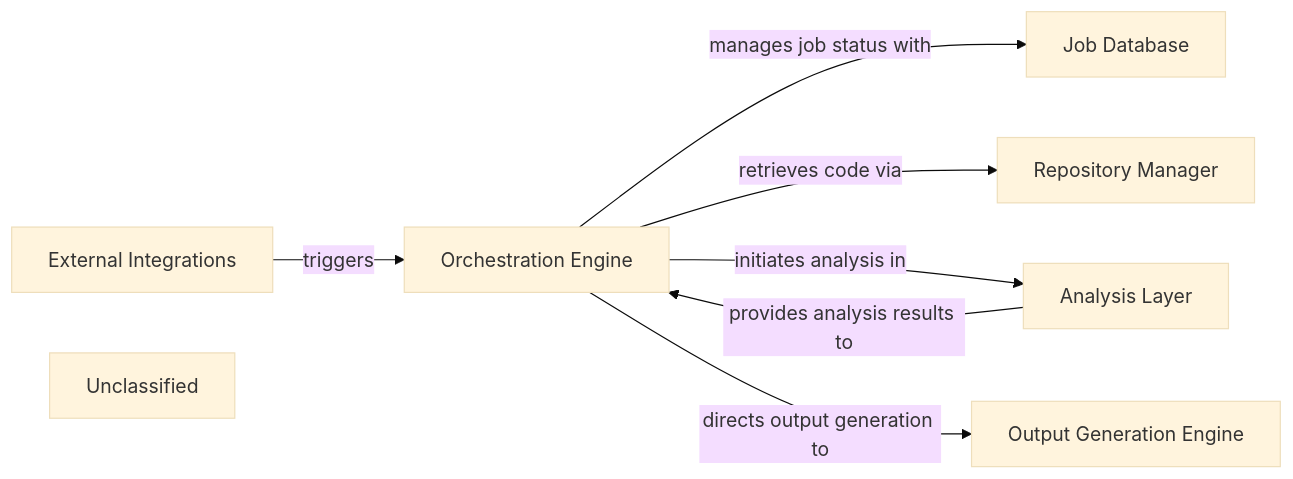
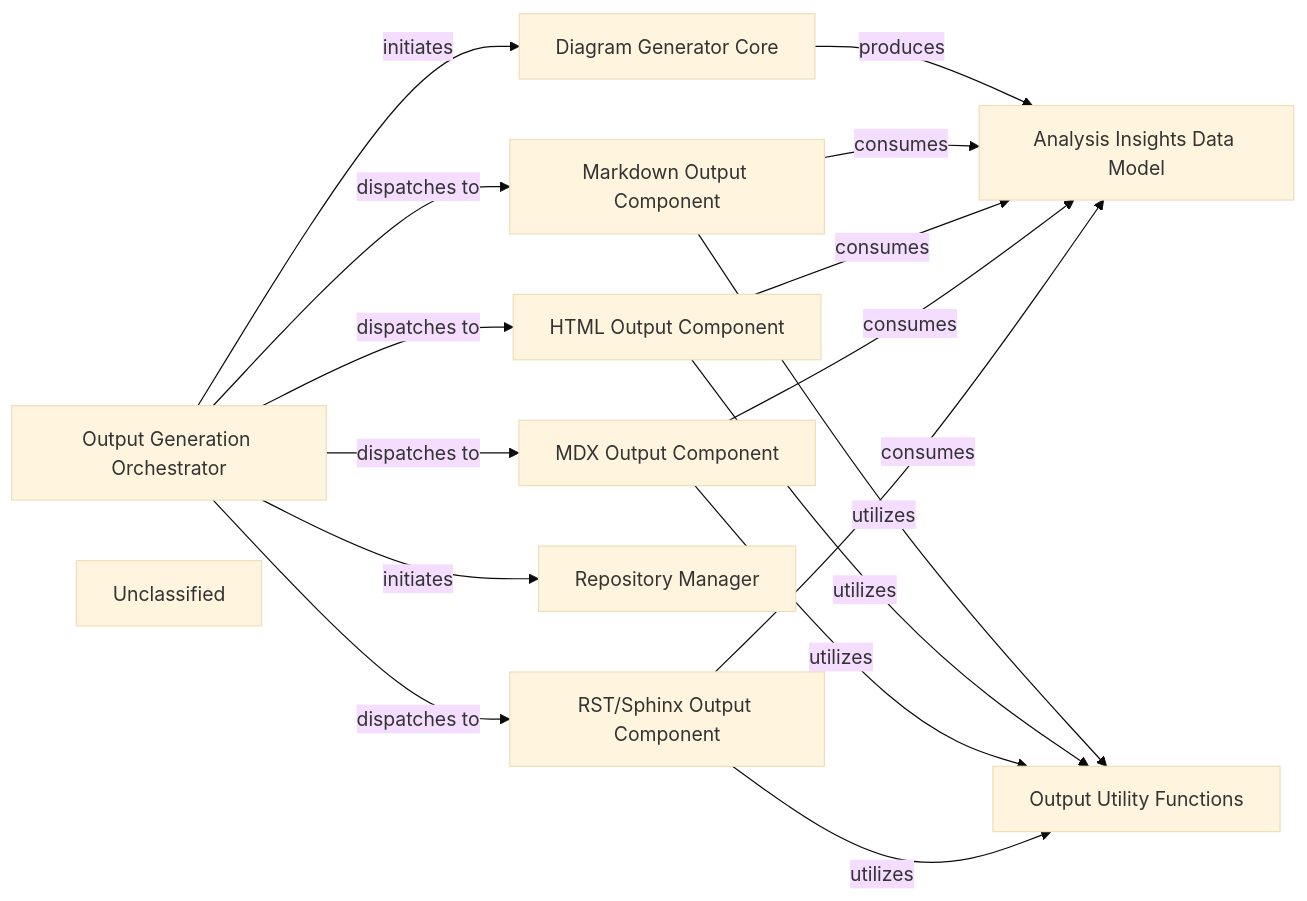
Before and after one commit to mariyam866/CodeBoarding: the third of 6 diagrams in docs/development/architecture.md, drawn with Mermaid (base theme). The commit also changed other lines of this file and 11 other files, not shown here.

First line of the commit message:
docs: update codeboarding documentation and generate architecture

````diff
--- a/docs/development/architecture.md
+++ b/docs/development/architecture.md
@@ -192,19 +192,29 @@
 ```mermaid
 graph LR
-    Orchestration_Engine["Orchestration Engine"]
-    Job_Database["Job Database"]
+    Output_Generation_Orchestrator["Output Generation Orchestrator"]
+    Markdown_Output_Component["Markdown Output Component"]
+    HTML_Output_Component["HTML Output Component"]
+    MDX_Output_Component["MDX Output Component"]
+    RST_Sphinx_Output_Component["RST/Sphinx Output Component"]
     Repository_Manager["Repository Manager"]
-    Analysis_Layer["Analysis Layer"]
-    Output_Generation_Engine["Output Generation Engine"]
-    External_Integrations["External Integrations"]
+    Diagram_Generator_Core["Diagram Generator Core"]
+    Analysis_Insights_Data_Model["Analysis Insights Data Model"]
+    Output_Utility_Functions["Output Utility Functions"]
     Unclassified["Unclassified"]
-    External_Integrations -- "triggers" --> Orchestration_Engine
-    Orchestration_Engine -- "manages job status with" --> Job_Database
-    Orchestration_Engine -- "retrieves code via" --> Repository_Manager
-    Orchestration_Engine -- "initiates analysis in" --> Analysis_Layer
-    Analysis_Layer -- "provides analysis results to" --> Orchestration_Engine
-    Orchestration_Engine -- "directs output generation to" --> Output_Generation_Engine
-    click Orchestration_Engine href "https://github.com/CodeBoarding/CodeBoarding/blob/main/.codeboarding/Orchestration_Engine.md" "Details"
+    Output_Generation_Orchestrator -- "initiates" --> Repository_Manager
+    Output_Generation_Orchestrator -- "initiates" --> Diagram_Generator_Core
+    Output_Generation_Orchestrator -- "dispatches to" --> Markdown_Output_Component
+    Output_Generation_Orchestrator -- "dispatches to" --> HTML_Output_Component
+    Output_Generation_Orchestrator -- "dispatches to" --> MDX_Output_Component
+    Output_Generation_Orchestrator -- "dispatches to" --> RST_Sphinx_Output_Component
+    Diagram_Generator_Core -- "produces" --> Analysis_Insights_Data_Model
+    Markdown_Output_Component -- "consumes" --> Analysis_Insights_Data_Model
+    HTML_Output_Component -- "consumes" --> Analysis_Insights_Data_Model
+    MDX_Output_Component -- "consumes" --> Analysis_Insights_Data_Model
+    RST_Sphinx_Output_Component -- "consumes" --> Analysis_Insights_Data_Model
+    Markdown_Output_Component -- "utilizes" --> Output_Utility_Functions
+    HTML_Output_Component -- "utilizes" --> Output_Utility_Functions
+    MDX_Output_Component -- "utilizes" --> Output_Utility_Functions
+    RST_Sphinx_Output_Component -- "utilizes" --> Output_Utility_Functions
     click Repository_Manager href "https://github.com/CodeBoarding/CodeBoarding/blob/main/.codeboarding/Repository_Manager.md" "Details"
-    click Output_Generation_Engine href "https://github.com/CodeBoarding/CodeBoarding/blob/main/.codeboarding/Output_Generation_Engine.md" "Details"
 ```
````
